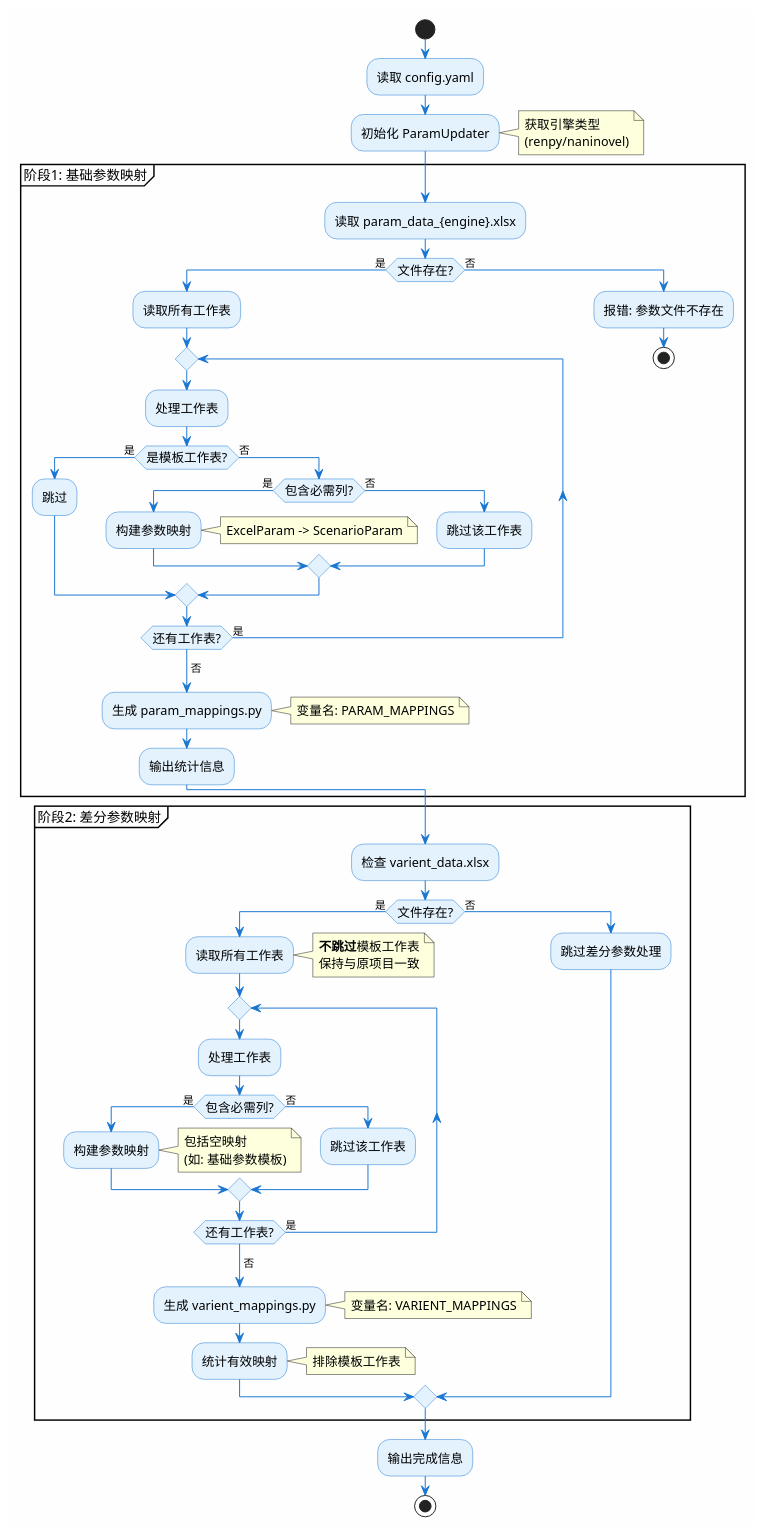
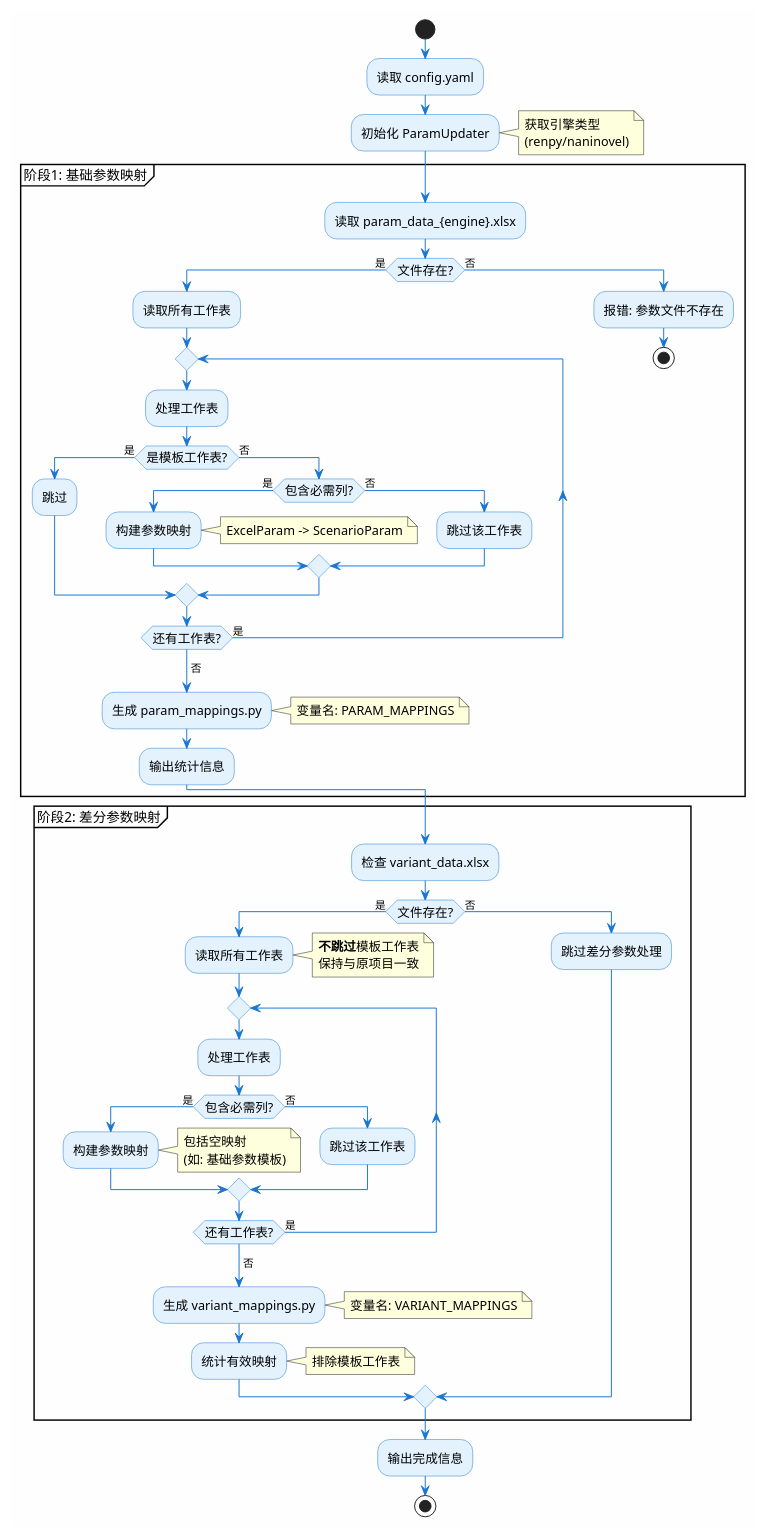
Before and after one commit to ChaoticKittyVN/Scenario_Tool: the diagram in diagrams/workflow_param_update.puml, drawn with PlantUML. The commit also changed 21 other files, not shown here.

First line of the commit message:
fix: rename varient to variant across the codebase

```diff
--- a/diagrams/workflow_param_update.puml
+++ b/diagrams/workflow_param_update.puml
@@ -1,104 +1,104 @@
 @startuml 参数映射更新流程
 
 skinparam backgroundColor #FEFEFE
 skinparam activity {
   BackgroundColor #E3F2FD
   BorderColor #1976D2
   FontSize 13
   ArrowColor #1976D2
 }
 
 start
 
 :读取 config.yaml;
 
 :初始化 ParamUpdater;
 note right
   获取引擎类型
   (renpy/naninovel)
 end note
 
 partition "阶段1: 基础参数映射" {
   :读取 param_data_{engine}.xlsx;
 
   if (文件存在?) then (是)
     :读取所有工作表;
 
     repeat
       :处理工作表;
 
       if (是模板工作表?) then (是)
         :跳过;
       else (否)
         if (包含必需列?) then (是)
           :构建参数映射;
           note right
             ExcelParam -> ScenarioParam
           end note
         else (否)
           :跳过该工作表;
         endif
       endif
 
     repeat while (还有工作表?) is (是)
     ->否;
 
     :生成 param_mappings.py;
     note right
       变量名: PARAM_MAPPINGS
     end note
 
     :输出统计信息;
 
   else (否)
     :报错: 参数文件不存在;
     stop
   endif
 }
 
 partition "阶段2: 差分参数映射" {
-  :检查 varient_data.xlsx;
+  :检查 variant_data.xlsx;
 
   if (文件存在?) then (是)
     :读取所有工作表;
     note right
       **不跳过**模板工作表
       保持与原项目一致
     end note
 
     repeat
       :处理工作表;
 
       if (包含必需列?) then (是)
         :构建参数映射;
         note right
           包括空映射
           (如: 基础参数模板)
         end note
       else (否)
         :跳过该工作表;
       endif
 
     repeat while (还有工作表?) is (是)
     ->否;
 
-    :生成 varient_mappings.py;
+    :生成 variant_mappings.py;
     note right
-      变量名: VARIENT_MAPPINGS
+      变量名: VARIANT_MAPPINGS
     end note
 
     :统计有效映射;
     note right
       排除模板工作表
     end note
 
   else (否)
     :跳过差分参数处理;
   endif
 }
 
 :输出完成信息;
 
 stop
 
 @enduml
```
